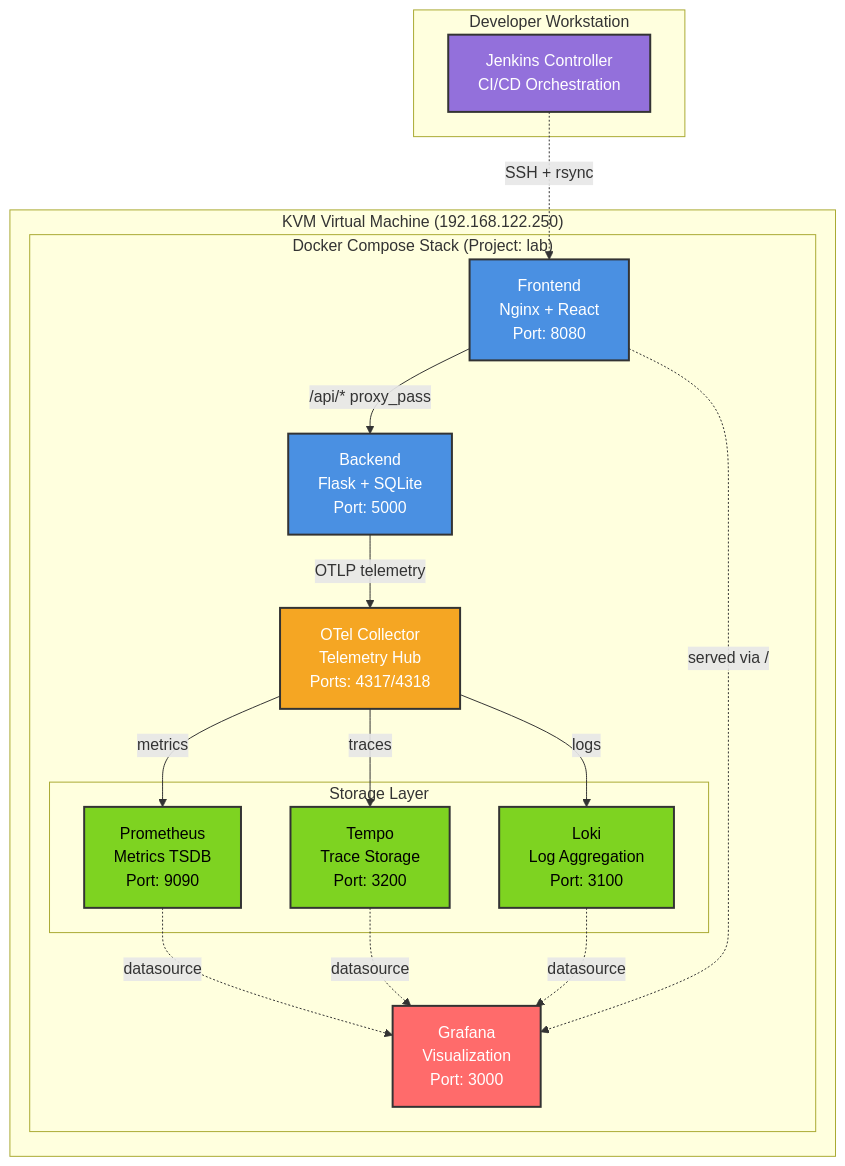
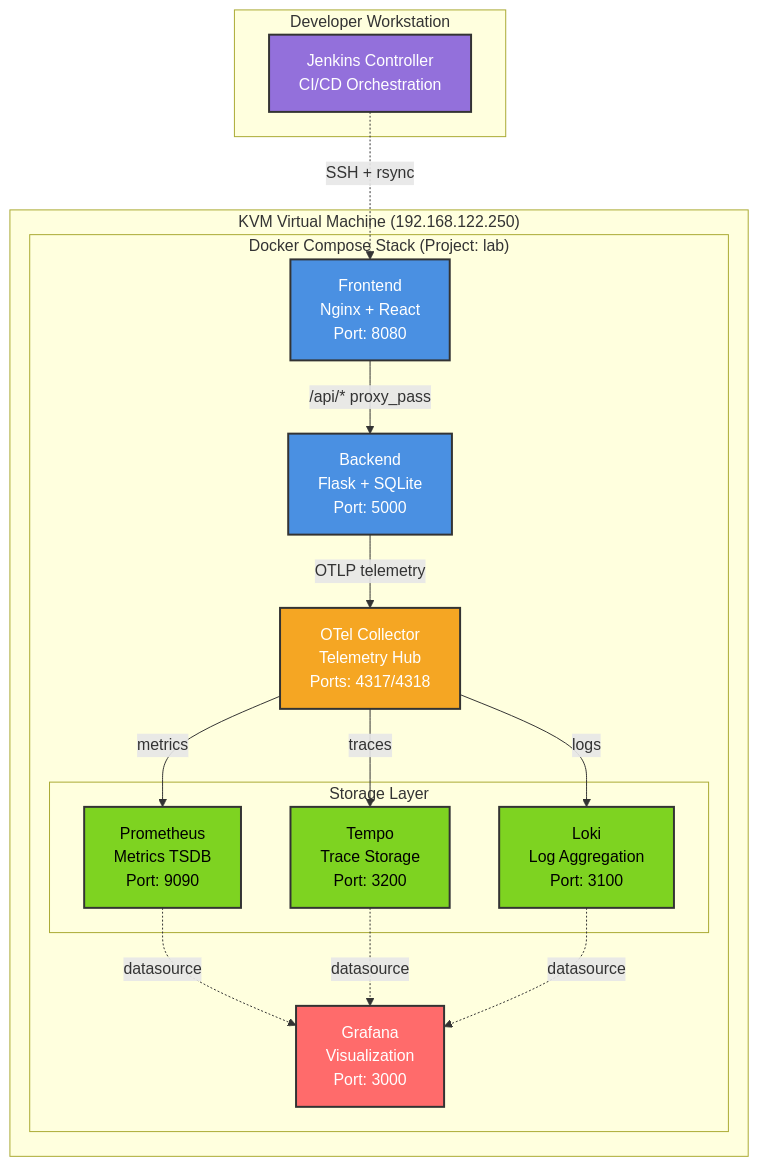
Before and after one commit to illusivegit/Opentelemetry_Observability_Lab: the diagram in docs/phase-1-docker-compose/ARCHITECTURE.md, drawn with Mermaid.

````diff
--- a/docs/phase-1-docker-compose/ARCHITECTURE.md
+++ b/docs/phase-1-docker-compose/ARCHITECTURE.md
@@ -108,51 +108,49 @@
 ```mermaid
 graph TB
     subgraph dev["Developer Workstation"]
         jenkins[Jenkins Controller<br/>CI/CD Orchestration]
     end
 
     subgraph kvm["KVM Virtual Machine (192.168.122.250)"]
         subgraph compose["Docker Compose Stack (Project: lab)"]
             frontend[Frontend<br/>Nginx + React<br/>Port: 8080]
             backend[Backend<br/>Flask + SQLite<br/>Port: 5000]
             collector[OTel Collector<br/>Telemetry Hub<br/>Ports: 4317/4318]
 
             subgraph storage["Storage Layer"]
                 prometheus[Prometheus<br/>Metrics TSDB<br/>Port: 9090]
                 tempo[Tempo<br/>Trace Storage<br/>Port: 3200]
                 loki[Loki<br/>Log Aggregation<br/>Port: 3100]
             end
 
             grafana[Grafana<br/>Visualization<br/>Port: 3000]
         end
     end
 
     %% Connections
     jenkins -.->|SSH + rsync| frontend
 
     frontend -->|/api/* proxy_pass| backend
     backend -->|OTLP telemetry| collector
 
     collector -->|traces| tempo
     collector -->|metrics| prometheus
     collector -->|logs| loki
 
     prometheus -.->|datasource| grafana
     tempo -.->|datasource| grafana
     loki -.->|datasource| grafana
 
-    frontend -.->|served via /| grafana
-
     %% Styling with better contrast
     classDef jenkins fill:#9370DB,stroke:#333,stroke-width:2px,color:#fff
     classDef app fill:#4A90E2,stroke:#333,stroke-width:2px,color:#fff
     classDef telemetry fill:#F5A623,stroke:#333,stroke-width:2px,color:#fff
     classDef storage fill:#7ED321,stroke:#333,stroke-width:2px,color:#000
     classDef viz fill:#FF6B6B,stroke:#333,stroke-width:2px,color:#fff
 
     class jenkins jenkins
     class frontend,backend app
     class collector telemetry
     class prometheus,tempo,loki storage
     class grafana viz
 ```
````
